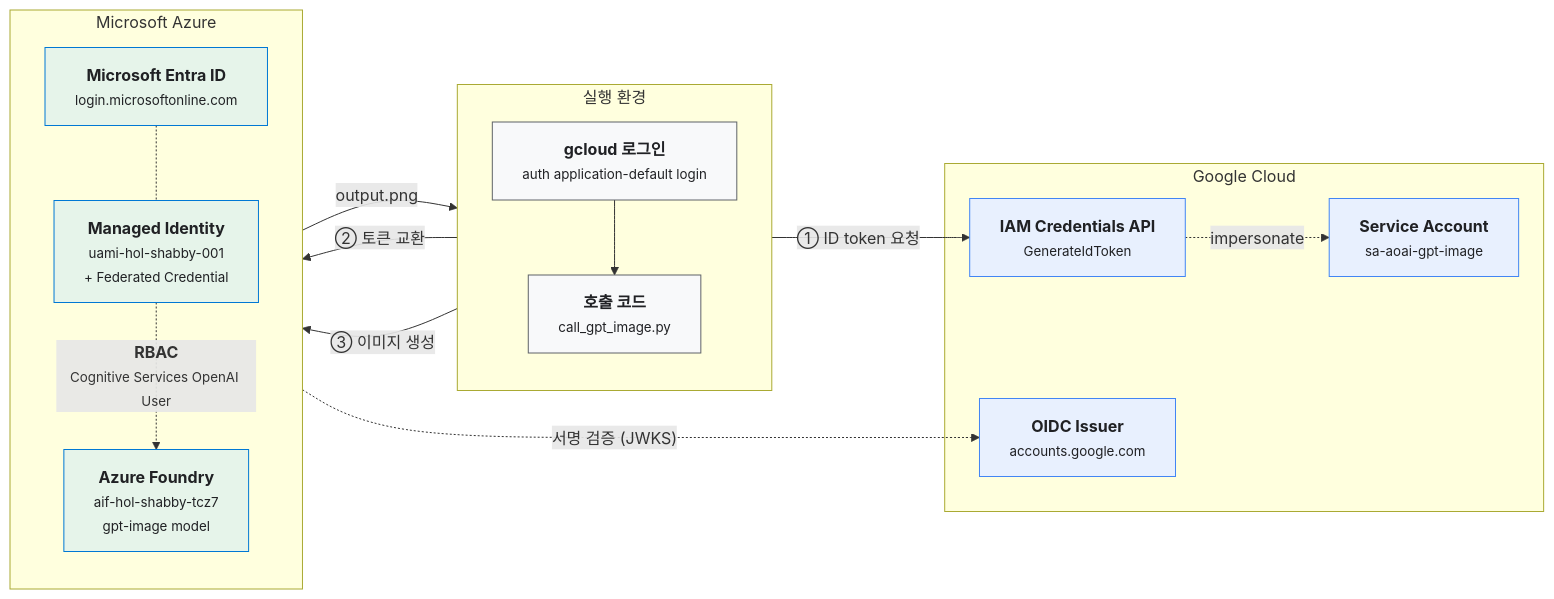
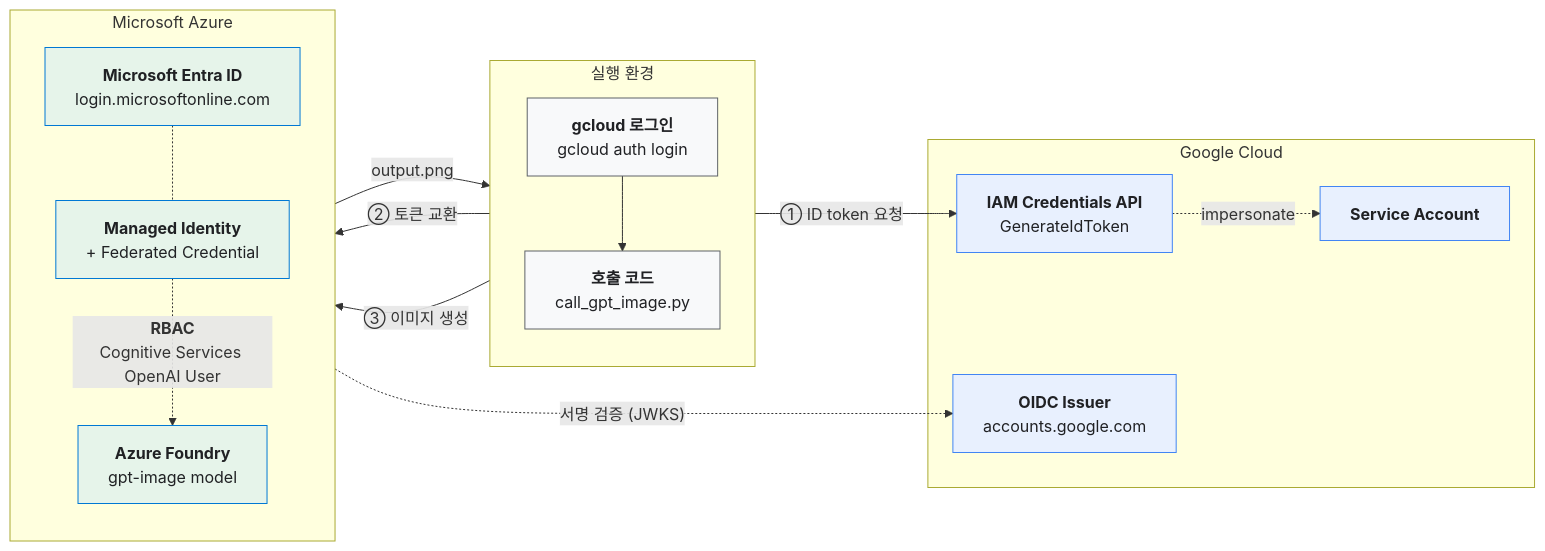
Before and after one commit to ivorycloud1013/lab-azure-guide-workload-identity: the second of 2 diagrams in README.md, drawn with Mermaid. The commit also changed other lines of this file and 5 other files, not shown here.

````diff
--- a/README.md
+++ b/README.md
@@ -140,38 +144,38 @@
 ```mermaid
 flowchart LR
     subgraph Client["실행 환경"]
         direction TB
-        Login["<b>gcloud 로그인</b><br/><small>auth application-default login</small>"]
-        Code["<b>호출 코드</b><br/><small>call_gpt_image.py</small>"]
+        Login["<b>gcloud 로그인</b><br/>gcloud auth login"]
+        Code["<b>호출 코드</b><br/>call_gpt_image.py"]
         Login --> Code
     end
 
     subgraph GCP["Google Cloud"]
-        IAM["<b>IAM Credentials API</b><br/><small>GenerateIdToken</small>"]
-        SA["<b>Service Account</b><br/><small>sa-aoai-gpt-image</small>"]
-        Issuer["<b>OIDC Issuer</b><br/><small>accounts.google.com</small>"]
+        IAM["<b>IAM Credentials API</b><br/>GenerateIdToken"]
+        SA["<b>Service Account</b>"]
+        Issuer["<b>OIDC Issuer</b><br/>accounts.google.com"]
         IAM -. impersonate .-> SA
     end
 
     subgraph Azure["Microsoft Azure"]
         direction TB
-        Entra["<b>Microsoft Entra ID</b><br/><small>login.microsoftonline.com</small>"]
-        UAMI["<b>Managed Identity</b><br/><small>uami-hol-shabby-001<br/>+ Federated Credential</small>"]
-        Foundry["<b>Azure Foundry</b><br/><small>aif-hol-shabby-tcz7<br/>gpt-image model</small>"]
+        Entra["<b>Microsoft Entra ID</b><br/>login.microsoftonline.com"]
+        UAMI["<b>Managed Identity</b><br/>+ Federated Credential"]
+        Foundry["<b>Azure Foundry</b><br/>gpt-image model"]
         Entra -.- UAMI
-        UAMI -. "<b>RBAC</b><br/><small>Cognitive Services OpenAI User</small>" .-> Foundry
+        UAMI -. "<b>RBAC</b><br/>Cognitive Services OpenAI User" .-> Foundry
     end
 
     Code -- "① ID token 요청" --> IAM
     Entra -. "서명 검증 (JWKS)" .-> Issuer
     Code -- "② 토큰 교환" --> Entra
     Code -- "③ 이미지 생성" --> Foundry
     Foundry -- "output.png" --> Code
 
     classDef gcp fill:#e8f0fe,stroke:#4285f4,color:#202124
     classDef az fill:#e6f4ea,stroke:#0078d4,color:#202124
     classDef local fill:#f8f9fa,stroke:#5f6368,color:#202124
     class IAM,SA,Issuer gcp
     class Entra,UAMI,Foundry az
     class Login,Code local
 ```
````
